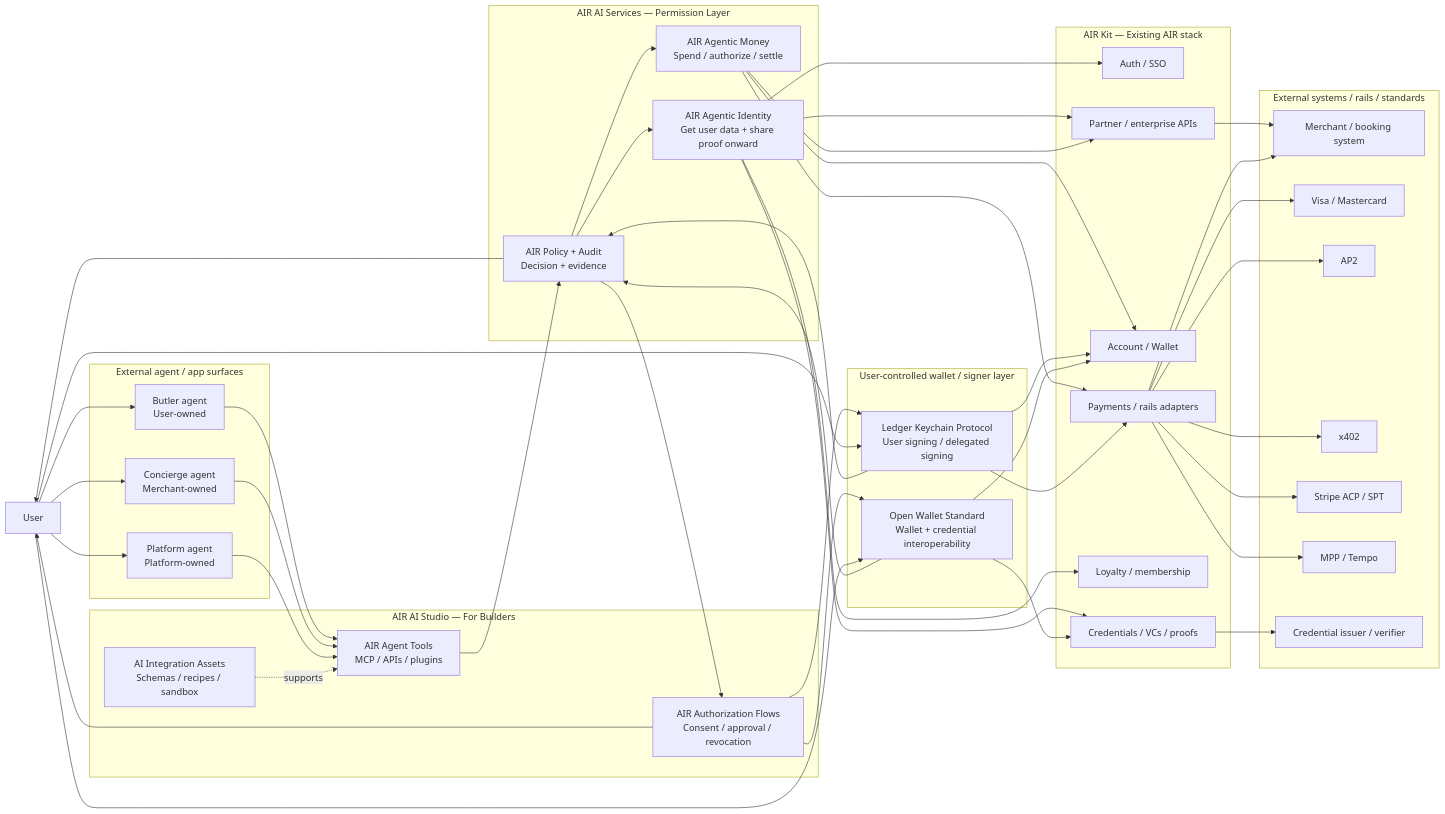
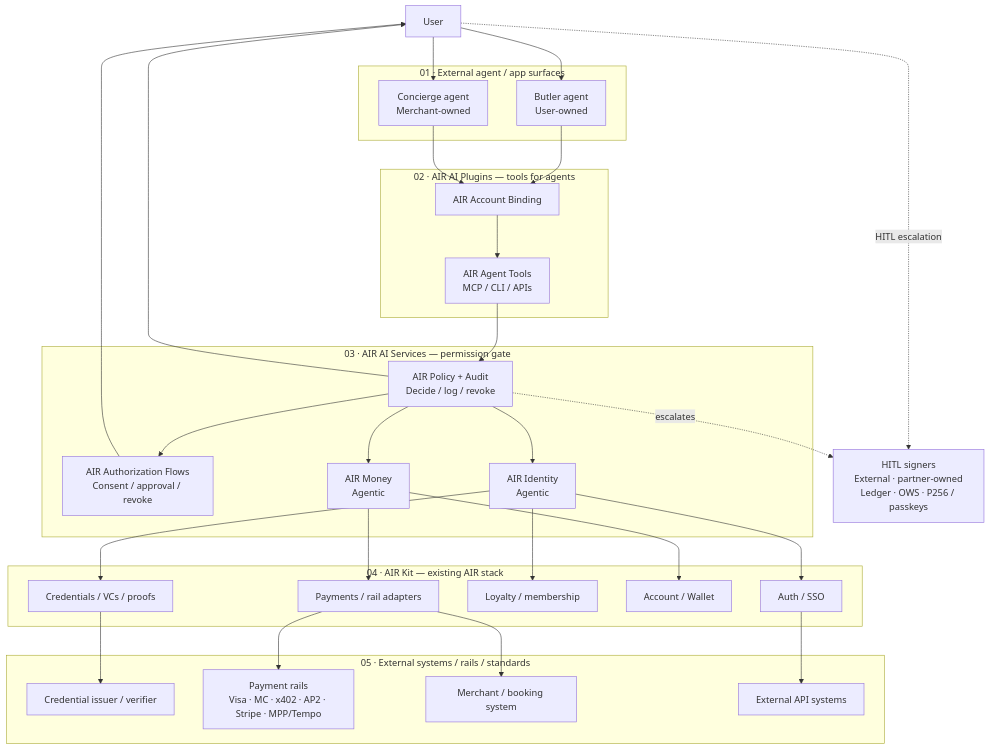
One commit to MocaNetwork/docs changed the diagram in airai/concepts/architecture.mdx. Above: the diagram before and after it, drawn with Mermaid. The commit also changed other lines of this file and 24 other files, not shown here.

````diff
--- a/airai/concepts/architecture.mdx
+++ b/airai/concepts/architecture.mdx
@@ -50,93 +59,65 @@
 ```mermaid
-flowchart LR
+flowchart TB
   User[User]
 
-  subgraph External["External agent / app surfaces"]
+  subgraph L1["01 · External agent / app surfaces"]
     Butler[Butler agent<br/>User-owned]
     Concierge[Concierge agent<br/>Merchant-owned]
-    Broker[Platform agent<br/>Platform-owned]
   end
 
-  subgraph Studio["AIR AI Studio — For Builders"]
-    Tools[AIR Agent Tools<br/>MCP / APIs / plugins]
-    AuthFlows[AIR Authorization Flows<br/>Consent / approval / revocation]
-    Assets[AI Integration Assets<br/>Schemas / recipes / sandbox]
+  subgraph L2["02 · AIR AI Plugins — tools for agents"]
+    Binding[AIR Account Binding]
+    Tools[AIR Agent Tools<br/>MCP / CLI / APIs]
   end
 
-  subgraph Services["AIR AI Services — Permission Layer"]
-    Identity[AIR Agentic Identity<br/>Get user data + share proof onward]
-    Money[AIR Agentic Money<br/>Spend / authorize / settle]
-    Policy[AIR Policy + Audit<br/>Decision + evidence]
+  subgraph L3["03 · AIR AI Services — permission gate"]
+    AuthFlows[AIR Authorization Flows<br/>Consent / approval / revoke]
+    Policy[AIR Policy + Audit<br/>Decide / log / revoke]
+    Identity[AIR Identity<br/>Agentic]
+    Money[AIR Money<br/>Agentic]
   end
 
-  subgraph Signer["User-controlled wallet / signer layer"]
-    Ledger[Ledger Keychain Protocol<br/>User signing / delegated signing]
-    OWS[Open Wallet Standard<br/>Wallet + credential interoperability]
+  HITL[HITL signers<br/>External · partner-owned<br/>Ledger · OWS · P256 / passkeys]
+
+  subgraph L4["04 · AIR Kit — existing AIR stack"]
+    Auth[Auth / SSO]
+    Creds[Credentials / VCs / proofs]
+    Loyalty[Loyalty / membership]
+    Wallet[Account / Wallet]
+    Payments[Payments / rail adapters]
   end
 
-  subgraph Kit["AIR Kit — Existing AIR stack"]
-    Auth[Auth / SSO]
-    Creds[Credentials / VCs / proofs]
-    Wallet[Account / Wallet]
-    Payments[Payments / rails adapters]
-    Loyalty[Loyalty / membership]
-    APIs[Partner / enterprise APIs]
-  end
-
-  subgraph Rails["External systems / rails / standards"]
+  subgraph L5["05 · External systems / rails / standards"]
+    Verifier[Credential issuer / verifier]
+    Rails[Payment rails<br/>Visa · MC · x402 · AP2 · Stripe · MPP/Tempo]
     Merchant[Merchant / booking system]
-    Visa[Visa / Mastercard]
-    AP2[AP2]
-    X402[x402]
-    Stripe[Stripe ACP / SPT]
-    MPP[MPP / Tempo]
-    Verifier[Credential issuer / verifier]
+    ExtAPI[External API systems]
   end
 
   User --> Butler
   User --> Concierge
-  User --> Broker
+  User -.HITL escalation.-> HITL
 
-  Butler --> Tools
-  Concierge --> Tools
-  Broker --> Tools
+  Butler --> Binding
+  Concierge --> Binding
+  Binding --> Tools
+  Tools --> Policy
 
-  Tools --> Policy
   Policy --> AuthFlows
   AuthFlows --> User
-  AuthFlows --> Ledger
-  AuthFlows --> OWS
-  Assets -.supports.-> Tools
-  User --> Ledger
-  User --> OWS
-  Ledger --> Policy
-  OWS --> Policy
-
+  Policy -.escalates.-> HITL
   Policy --> Identity
   Policy --> Money
 
+  Identity --> Creds
   Identity --> Auth
-  Identity --> Creds
   Identity --> Loyalty
-  Identity --> APIs
-
   Money --> Wallet
   Money --> Payments
-  Money --> APIs
 
-  Ledger --> Wallet
-  Ledger --> Payments
-  OWS --> Wallet
-  OWS --> Creds
-
-  APIs --> Merchant
+  Creds --> Verifier
+  Payments --> Rails
   Payments --> Merchant
-  Payments --> Visa
-  Payments --> AP2
-  Payments --> X402
-  Payments --> Stripe
-  Payments --> MPP
-  Creds --> Verifier
-
+  Auth --> ExtAPI
   Policy --> User
 ```
````
